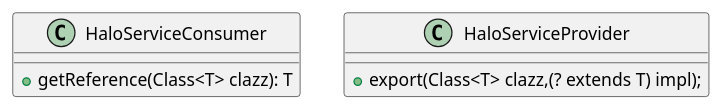
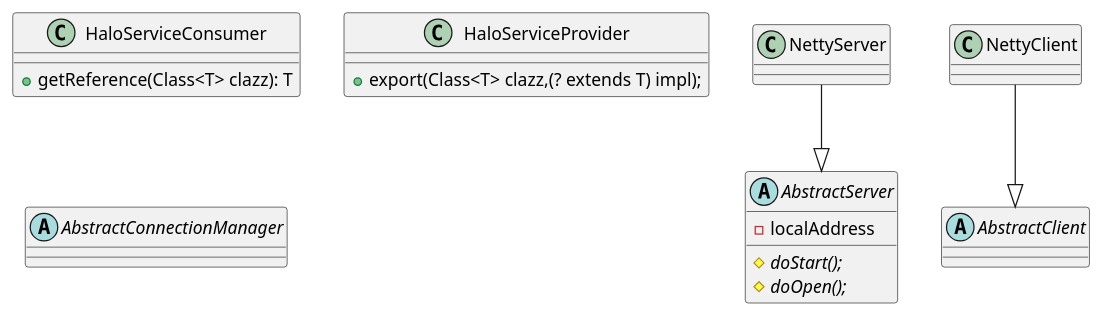
The diagram in design/basic.puml (PickDream/Halo-RPC), drawn with PlantUML before and after one commit. The commit also changed 9 other files, not shown here.

```diff
--- a/design/basic.puml
+++ b/design/basic.puml
@@ -1,12 +1,37 @@
 @startuml
 'https://plantuml.com/class-diagram
 
 class HaloServiceConsumer{
     + getReference(Class<T> clazz): T
 }
 
 
 class HaloServiceProvider{
     + export(Class<T> clazz,(? extends T) impl);
 }
+
+abstract class AbstractServer{
+    - localAddress
+    # {abstract} doStart();
+    # {abstract} doOpen();
+}
+
+class NettyClient
+
+class NettyServer
+
+abstract class AbstractClient{
+    {abstract}
+}
+
+abstract class AbstractConnectionManager{
+
+}
+
+NettyServer --|> AbstractServer
+
+
+NettyClient --|> AbstractClient
+
+
 @enduml
```
